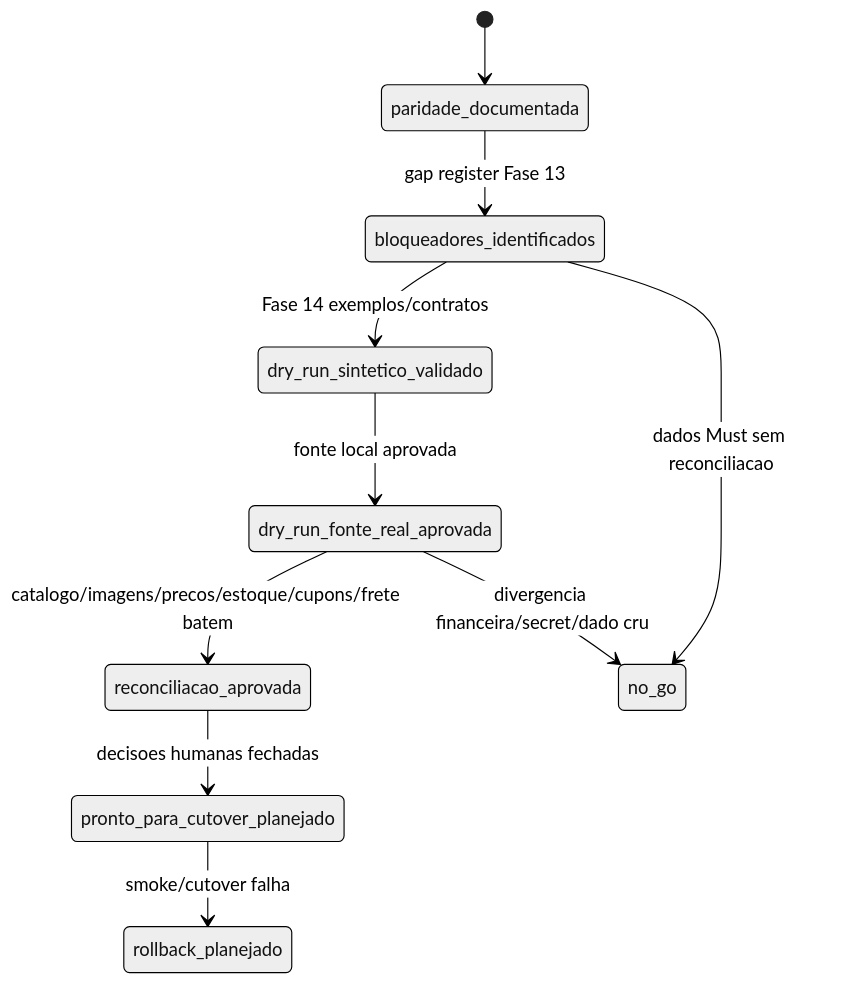
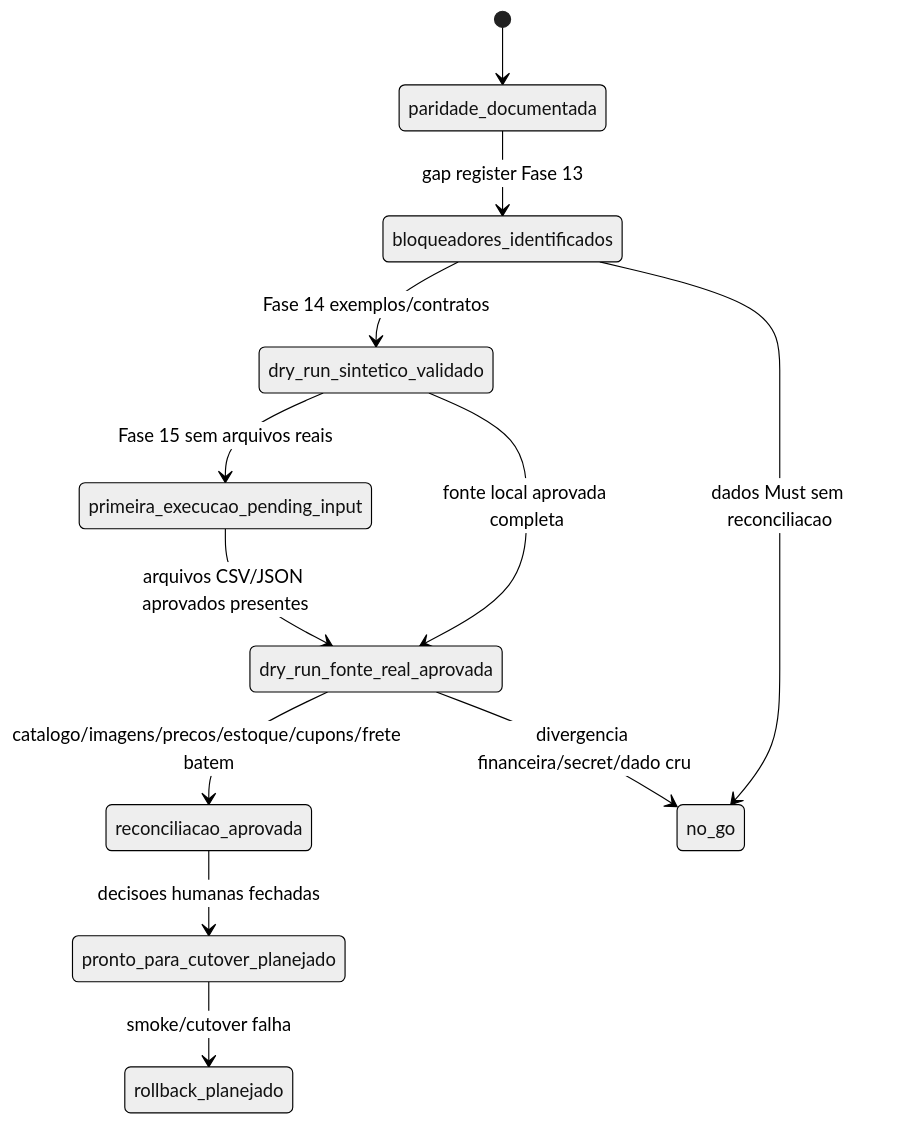
Diagram 11 of 11 in _reversa_sdd/state-machines.md (Ald3b4r4n/triadenext), drawn with Mermaid (neutral theme) before and after one commit. The commit also changed other lines of this file and 16 other files, not shown here.

````diff
--- a/_reversa_sdd/state-machines.md
+++ b/_reversa_sdd/state-machines.md
@@ -179,12 +179,14 @@
 ```mermaid
 stateDiagram-v2
   [*] --> paridade_documentada
   paridade_documentada --> bloqueadores_identificados: gap register Fase 13
   bloqueadores_identificados --> dry_run_sintetico_validado: Fase 14 exemplos/contratos
-  dry_run_sintetico_validado --> dry_run_fonte_real_aprovada: fonte local aprovada
+  dry_run_sintetico_validado --> primeira_execucao_pending_input: Fase 15 sem arquivos reais
+  primeira_execucao_pending_input --> dry_run_fonte_real_aprovada: arquivos CSV/JSON aprovados presentes
+  dry_run_sintetico_validado --> dry_run_fonte_real_aprovada: fonte local aprovada completa
   dry_run_fonte_real_aprovada --> reconciliacao_aprovada: catalogo/imagens/precos/estoque/cupons/frete batem
   reconciliacao_aprovada --> pronto_para_cutover_planejado: decisoes humanas fechadas
   bloqueadores_identificados --> no_go: dados Must sem reconciliacao
   dry_run_fonte_real_aprovada --> no_go: divergencia financeira/secret/dado cru
   pronto_para_cutover_planejado --> rollback_planejado: smoke/cutover falha
 ```
````
